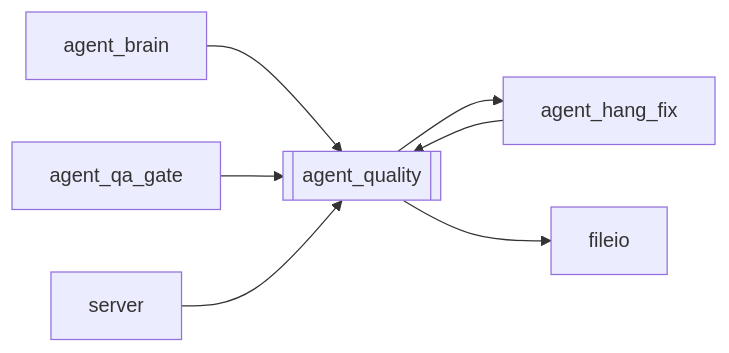
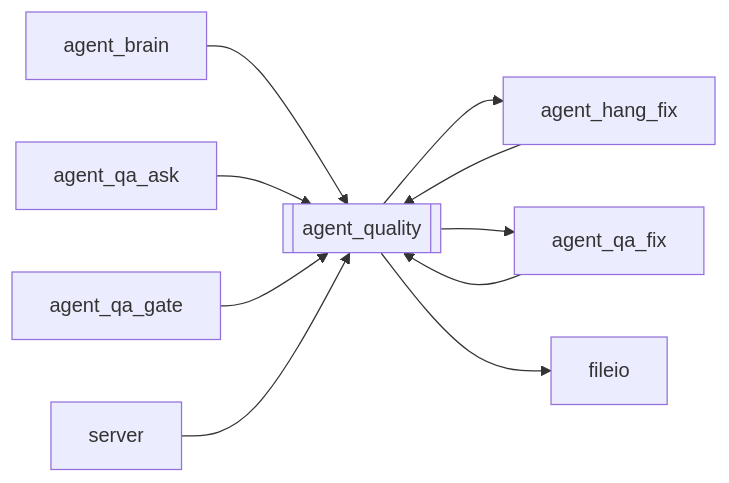
The diagram in docs/brain/modules/agent_quality.md (kjza178/PineLineV4), drawn with Mermaid before and after one commit. The commit also changed other lines of this file and 200 other files, not shown here.

````diff
--- a/docs/brain/modules/agent_quality.md
+++ b/docs/brain/modules/agent_quality.md
@@ -16,10 +16,13 @@
 ```mermaid
 flowchart LR
   agent_quality[[agent_quality]]
   agent_brain[agent_brain] --> agent_quality
   agent_hang_fix[agent_hang_fix] --> agent_quality
+  agent_qa_ask[agent_qa_ask] --> agent_quality
+  agent_qa_fix[agent_qa_fix] --> agent_quality
   agent_qa_gate[agent_qa_gate] --> agent_quality
   server[server] --> agent_quality
   agent_quality --> agent_hang_fix[agent_hang_fix]
+  agent_quality --> agent_qa_fix[agent_qa_fix]
   agent_quality --> fileio[fileio]
 ```
````
